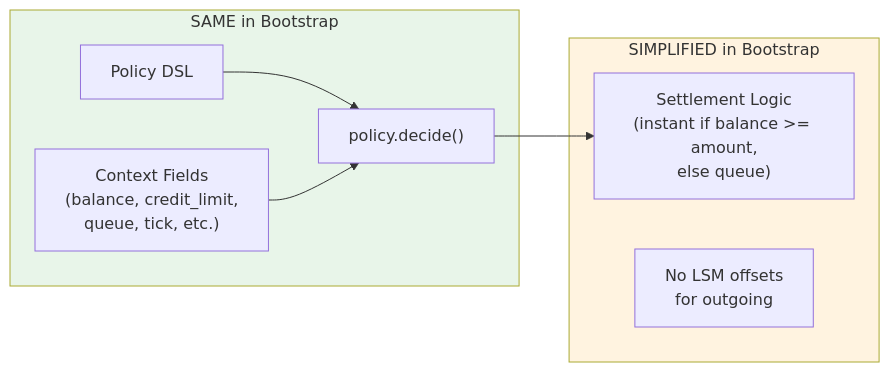
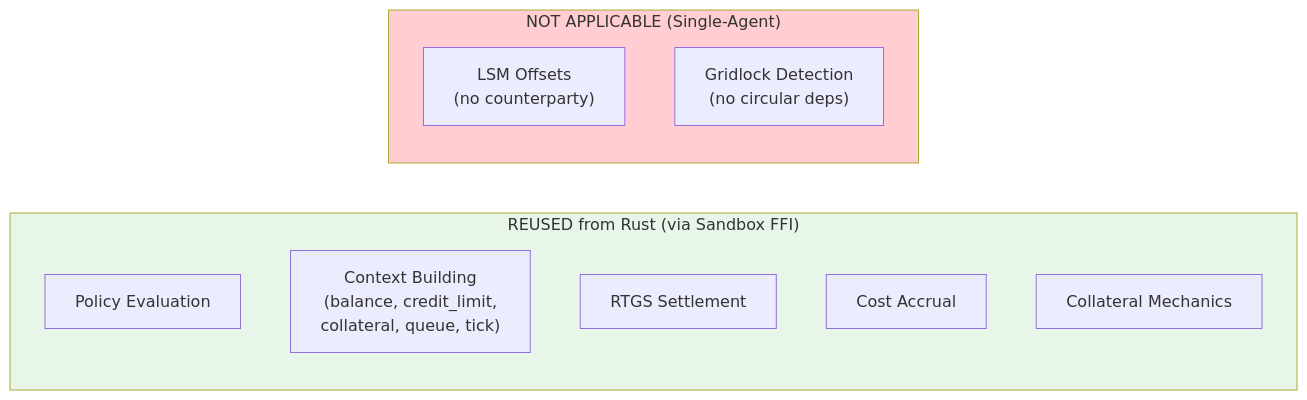
One commit to aerugo/SimCash changed diagram 12 of 21 in docs/plans/improved-bootstrap.md. Above: the diagram before and after it, drawn with Mermaid. The commit also changed other lines of this file, not shown here.

First line of the commit message:
docs(plans): Use Rust Sandbox instead of Python reimplementation

````diff
--- a/docs/plans/improved-bootstrap.md
+++ b/docs/plans/improved-bootstrap.md
@@ -635,20 +639,18 @@
 ```mermaid
 flowchart LR
-    subgraph Same["SAME in Bootstrap"]
-        Policy["Policy DSL"]
-        Context["Context Fields<br/>(balance, credit_limit,<br/>queue, tick, etc.)"]
-        Eval["policy.decide()"]
+    subgraph Reused["REUSED from Rust (via Sandbox FFI)"]
+        Policy["Policy Evaluation"]
+        Context["Context Building<br/>(balance, credit_limit,<br/>collateral, queue, tick)"]
+        RTGS["RTGS Settlement"]
+        Costs["Cost Accrual"]
+        Collateral["Collateral Mechanics"]
     end
 
-    subgraph Simplified["SIMPLIFIED in Bootstrap"]
-        Settle["Settlement Logic<br/>(instant if balance >= amount,<br/>else queue)"]
-        LSM["No LSM offsets<br/>for outgoing"]
+    subgraph NotApplicable["NOT APPLICABLE (Single-Agent)"]
+        LSM["LSM Offsets<br/>(no counterparty)"]
+        Gridlock["Gridlock Detection<br/>(no circular deps)"]
     end
 
-    Policy --> Eval
-    Context --> Eval
-    Eval --> Settle
-
-    style Same fill:#e8f5e9
-    style Simplified fill:#fff3e0
+    style Reused fill:#e8f5e9
+    style NotApplicable fill:#ffcdd2
 ```
````
